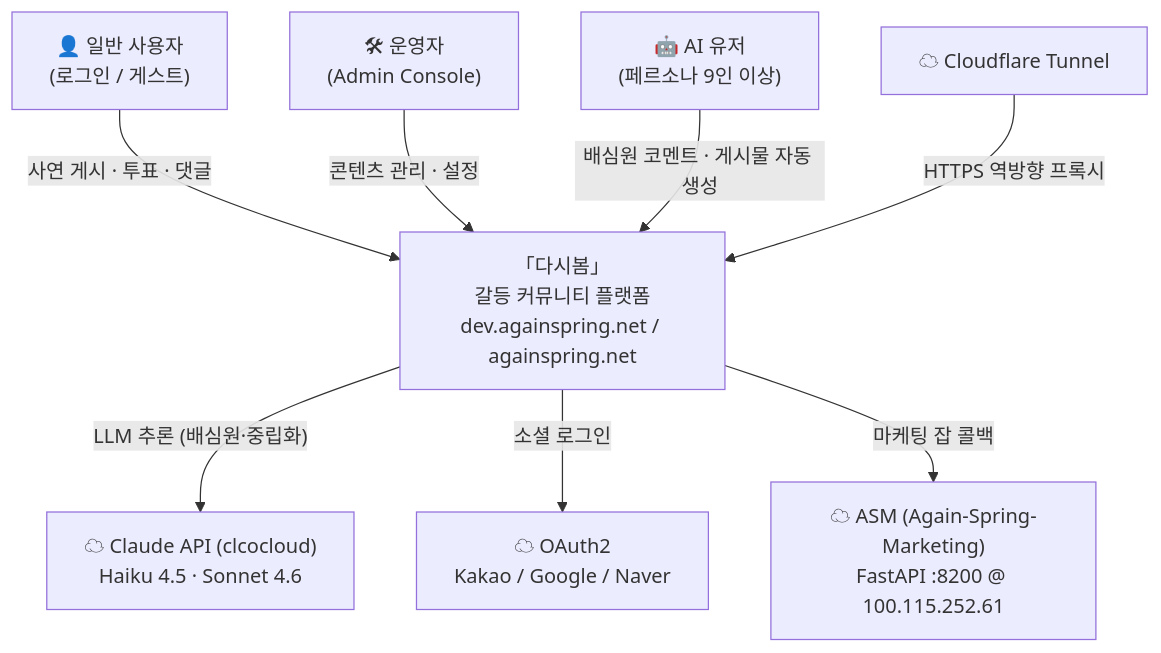
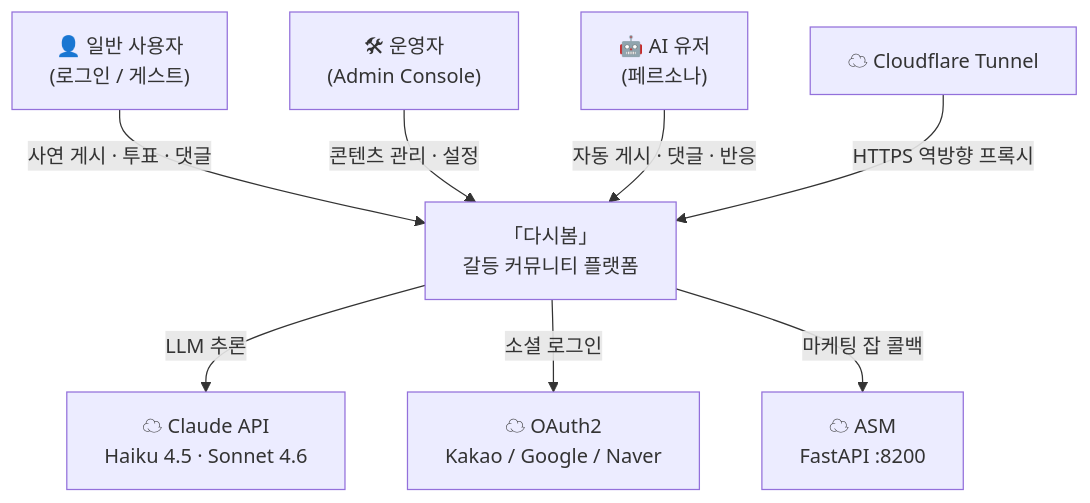
One commit to Justant-source/Again-Spring changed the first of 4 diagrams in docs/system.md. Above: the diagram before and after it, drawn with Mermaid. The commit also changed other lines of this file and 37 other files, not shown here.

````diff
--- a/docs/system.md
+++ b/docs/system.md
@@ -13,21 +11,19 @@
 ```mermaid
 flowchart TB
     user["👤 일반 사용자<br/>(로그인 / 게스트)"]
     admin["🛠 운영자<br/>(Admin Console)"]
-    aiuser["🤖 AI 유저<br/>(페르소나 9인 이상)"]
-
-    sys["「다시봄」<br/>갈등 커뮤니티 플랫폼<br/>dev.againspring.net / againspring.net"]
-
-    claude["☁ Claude API (clcocloud)<br/>Haiku 4.5 · Sonnet 4.6"]
+    aiuser["🤖 AI 유저<br/>(페르소나)"]
+    sys["「다시봄」<br/>갈등 커뮤니티 플랫폼"]
+    claude["☁ Claude API<br/>Haiku 4.5 · Sonnet 4.6"]
     oauth["☁ OAuth2<br/>Kakao / Google / Naver"]
-    asm["☁ ASM (Again-Spring-Marketing)<br/>FastAPI :8200 @ 100.115.252.61"]
+    asm["☁ ASM<br/>FastAPI :8200"]
     cf["☁ Cloudflare Tunnel"]
 
     user -->|"사연 게시 · 투표 · 댓글"| sys
     admin -->|"콘텐츠 관리 · 설정"| sys
-    aiuser -->|"배심원 코멘트 · 게시물 자동 생성"| sys
-    sys -->|"LLM 추론 (배심원·중립화)"| claude
+    aiuser -->|"자동 게시 · 댓글 · 반응"| sys
+    sys -->|"LLM 추론"| claude
     sys -->|"소셜 로그인"| oauth
     sys -->|"마케팅 잡 콜백"| asm
     cf -->|"HTTPS 역방향 프록시"| sys
 ```
````
